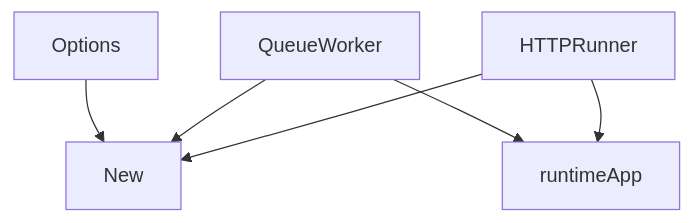
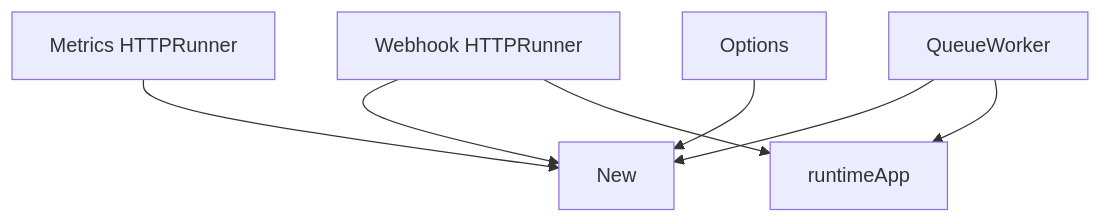
Before and after one commit to siutsin/telegram-jung2-bot: the first of 2 diagrams in internal/app/README.md, drawn with Mermaid. The commit also changed other lines of this file and 31 other files, not shown here.

````diff
--- a/internal/app/README.md
+++ b/internal/app/README.md
@@ -18,8 +19,9 @@
 ```mermaid
 flowchart TD
-    httpServer[HTTPRunner] --> newApp[New]
+    httpServer[Webhook HTTPRunner] --> newApp[New]
+    metricsServer[Metrics HTTPRunner] --> newApp
     queueWorker[QueueWorker] --> newApp
     opts[Options] --> newApp
     httpServer --> app[runtimeApp]
     queueWorker --> app
 ```
````
